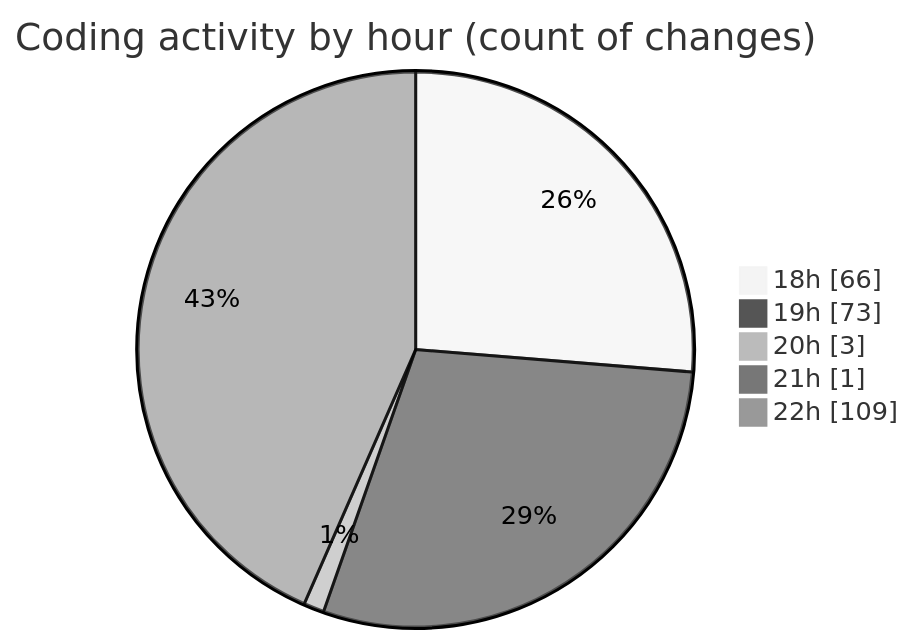
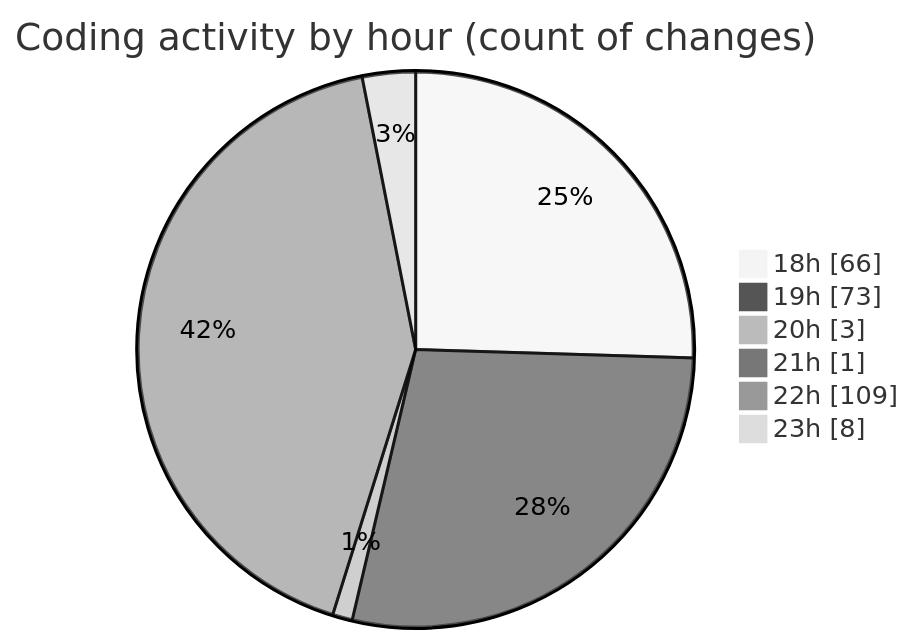
One commit to Ritupan-Deka/code-tracking changed the second of 2 diagrams in 2025-07-16/mern-workoutboard/README.md. Above: the diagram before and after it, drawn with Mermaid (neutral theme). The commit also changed other lines of this file and 1 other file, not shown here.

````diff
--- a/2025-07-16/mern-workoutboard/README.md
+++ b/2025-07-16/mern-workoutboard/README.md
@@ -34,9 +34,10 @@
 ```mermaid
 pie showData
 title Coding activity by hour (count of changes)
 "18h" : 66
 "19h" : 73
 "20h" : 3
 "21h" : 1
 "22h" : 109
+"23h" : 8
 ```
````
